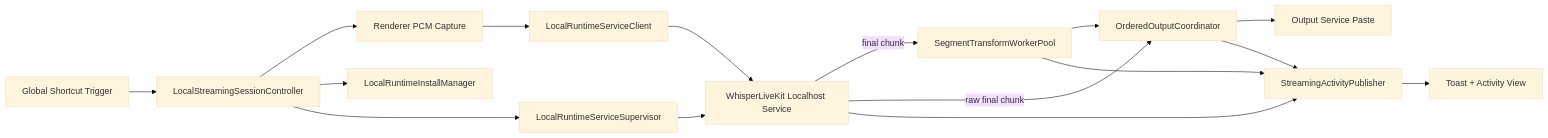
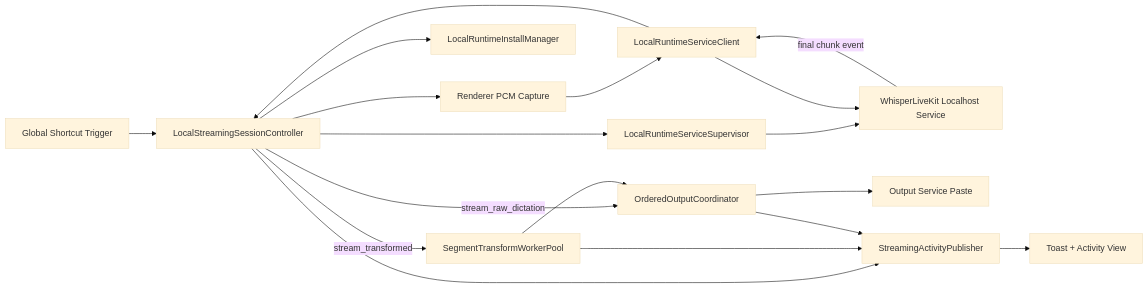
The seventh of 8 diagrams in specs/spec.md (massun-onibakuchi/speech-to-text-app), drawn with Mermaid (base theme) before and after one commit. The commit also changed other lines of this file and 2 other files, not shown here.

Commit message:
docs: tighten whisperlivekit architecture contract

````diff
--- a/specs/spec.md
+++ b/specs/spec.md
@@ -963,18 +977,20 @@
 ```mermaid
 flowchart LR
   U[Global Shortcut Trigger] --> S[LocalStreamingSessionController]
   S --> CAP[Renderer PCM Capture]
   CAP --> C[LocalRuntimeServiceClient]
   S --> IM[LocalRuntimeInstallManager]
   S --> SUP[LocalRuntimeServiceSupervisor]
   SUP --> H[WhisperLiveKit Localhost Service]
   C --> H
-  H -->|final chunk| W[SegmentTransformWorkerPool]
-  H -->|raw final chunk| ORD[OrderedOutputCoordinator]
+  H -->|final chunk event| C
+  C --> S
+  S -->|stream_transformed| W[SegmentTransformWorkerPool]
+  S -->|stream_raw_dictation| ORD[OrderedOutputCoordinator]
   W --> ORD
   ORD --> OUT[Output Service Paste]
-  H --> PUB[StreamingActivityPublisher]
+  S --> PUB[StreamingActivityPublisher]
   W --> PUB
   ORD --> PUB
   PUB --> UI[Toast + Activity View]
 ```
````
